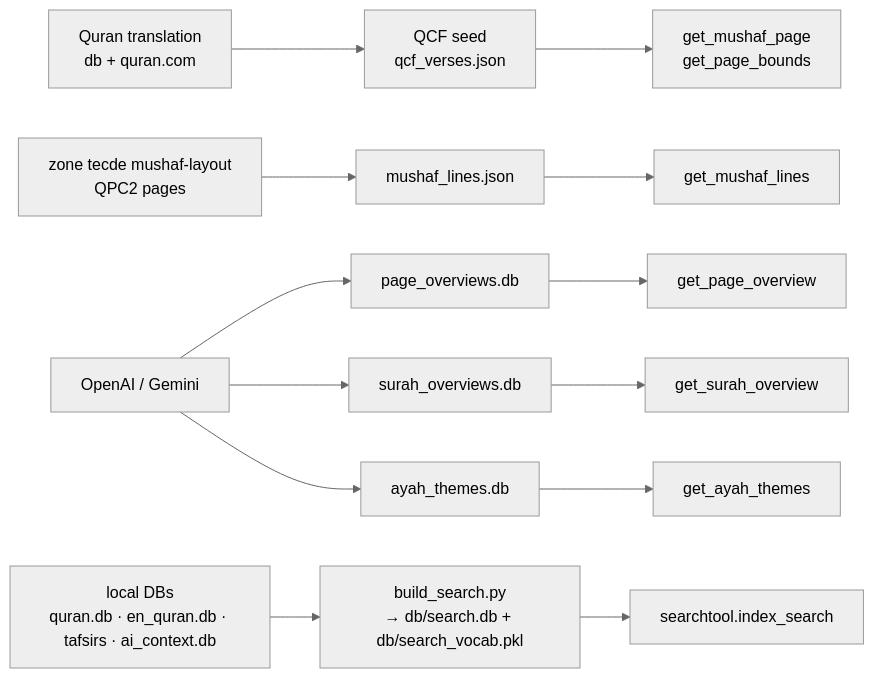
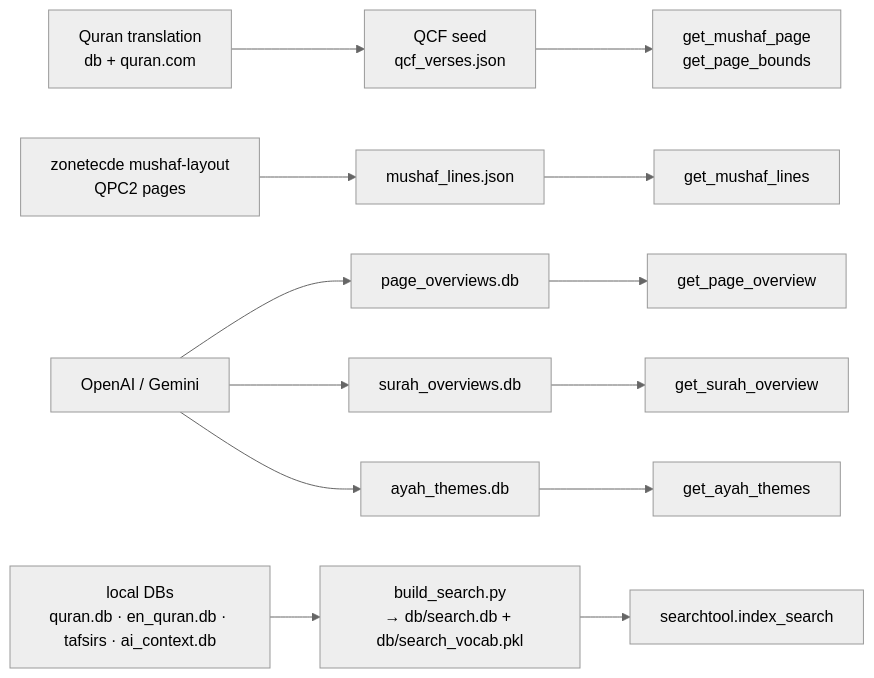
Before and after one commit to OnixHoque/aayatun: diagram 16 of 16 in ARCHITECTURE.md, drawn with Mermaid (neutral theme). The commit also changed other lines of this file, not shown here.

First line of the commit message:
Rewrite ARCHITECTURE.md as a modular operations manual

````diff
--- a/ARCHITECTURE.md
+++ b/ARCHITECTURE.md
@@ -1359,15 +1541,15 @@
 ```mermaid
 flowchart LR
     A["Quran translation<br/>db + quran.com"] --> B["QCF seed<br/>qcf_verses.json"]
-    C["zone tecde mushaf-layout<br/>QPC2 pages"] --> D["mushaf_lines.json"]
+    C["zonetecde mushaf-layout<br/>QPC2 pages"] --> D["mushaf_lines.json"]
     E["OpenAI / Gemini"] --> F["page_overviews.db"]
     E --> G["surah_overviews.db"]
     E --> G2["ayah_themes.db"]
     H["local DBs<br/>quran.db · en_quran.db · tafsirs · ai_context.db"] --> I["build_search.py<br/>→ db/search.db + db/search_vocab.pkl"]
     B --> J["get_mushaf_page<br/>get_page_bounds"]
     D --> K["get_mushaf_lines"]
     F --> L["get_page_overview"]
     G --> M["get_surah_overview"]
     G2 --> M2["get_ayah_themes"]
     I --> N["searchtool.index_search"]
 ```
````
